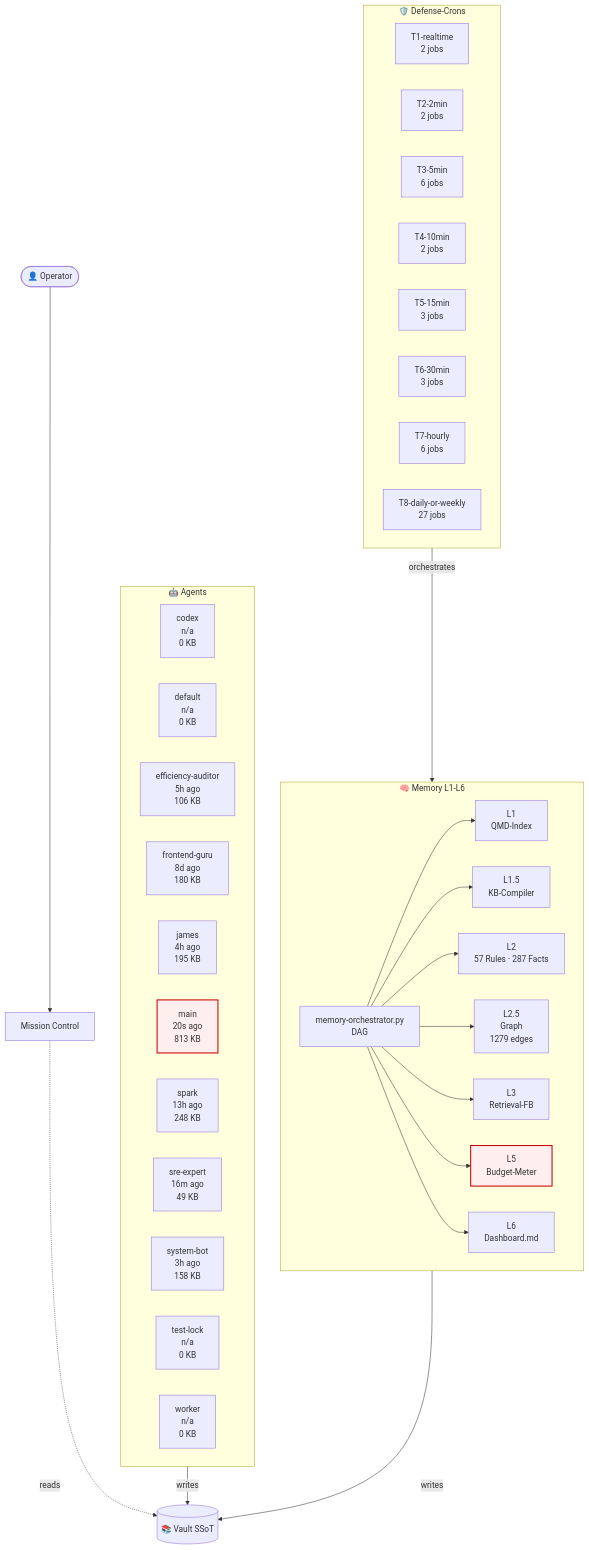
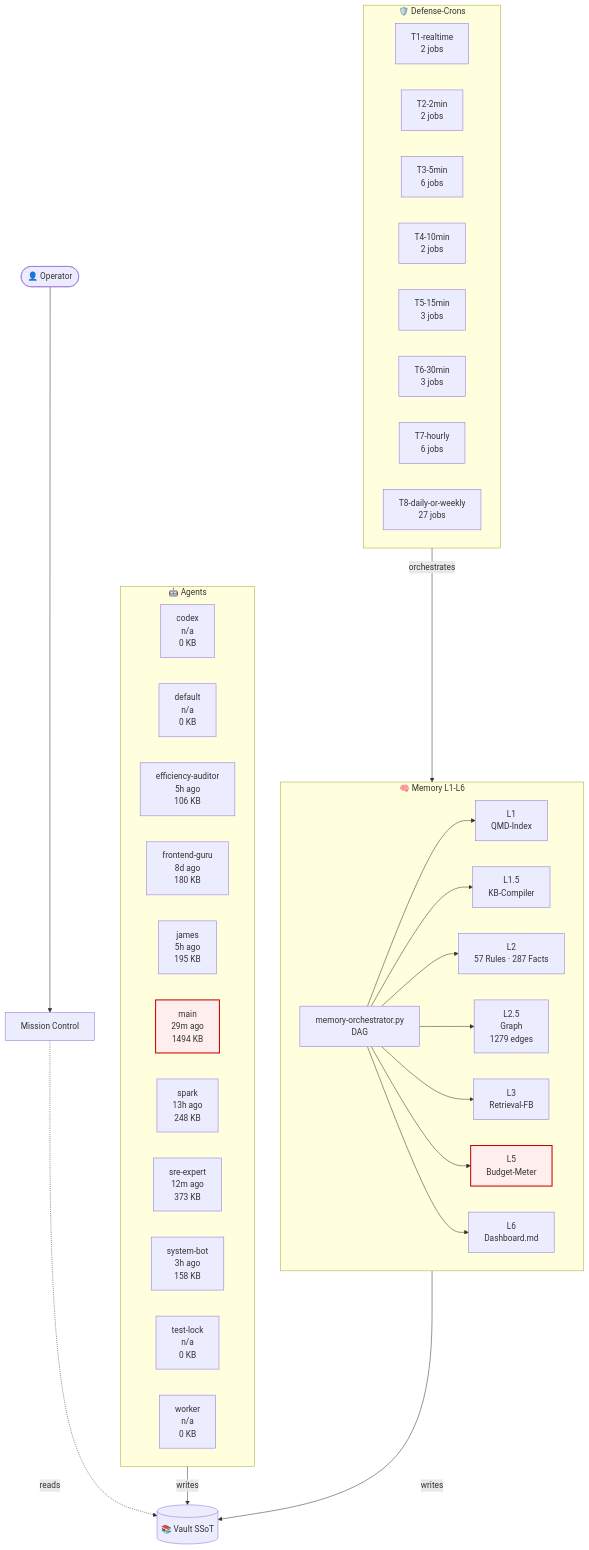
The diagram in 03-Agents/architecture-live.md (lenardhuebner88-rgb/openclaw-memory), drawn with Mermaid before and after one commit. The commit also changed other lines of this file and 1 other file, not shown here.

````diff
--- a/03-Agents/architecture-live.md
+++ b/03-Agents/architecture-live.md
@@ -18,54 +18,54 @@
 ```mermaid
 flowchart TB
     classDef critical fill:#fee,stroke:#c00,stroke-width:2px;
     subgraph AGT["🤖 Agents"]
         agent_codex["codex<br/>n/a<br/>0 KB"]
         agent_default["default<br/>n/a<br/>0 KB"]
         agent_efficiency_auditor["efficiency-auditor<br/>5h ago<br/>106 KB"]
         agent_frontend_guru["frontend-guru<br/>8d ago<br/>180 KB"]
-        agent_james["james<br/>4h ago<br/>195 KB"]
-        agent_main["main<br/>20s ago<br/>813 KB"]
+        agent_james["james<br/>5h ago<br/>195 KB"]
+        agent_main["main<br/>29m ago<br/>1494 KB"]
         agent_spark["spark<br/>13h ago<br/>248 KB"]
-        agent_sre_expert["sre-expert<br/>16m ago<br/>49 KB"]
+        agent_sre_expert["sre-expert<br/>12m ago<br/>373 KB"]
         agent_system_bot["system-bot<br/>3h ago<br/>158 KB"]
         agent_test_lock["test-lock<br/>n/a<br/>0 KB"]
         agent_worker["worker<br/>n/a<br/>0 KB"]
     end
     subgraph MEM["🧠 Memory L1-L6"]
         L1["L1<br/>QMD-Index"]
         L15["L1.5<br/>KB-Compiler"]
         L2["L2<br/>57 Rules · 287 Facts"]
         L25["L2.5<br/>Graph<br/>1279 edges"]
         L3["L3<br/>Retrieval-FB"]
         L5["L5<br/>Budget-Meter"]
         L6["L6<br/>Dashboard.md"]
         ORCH["memory-orchestrator.py<br/>DAG"]
     end
     subgraph CRN["🛡️ Defense-Crons"]
         tier_T1_realtime["T1-realtime<br/>2 jobs"]
         tier_T2_2min["T2-2min<br/>2 jobs"]
         tier_T3_5min["T3-5min<br/>6 jobs"]
         tier_T4_10min["T4-10min<br/>2 jobs"]
         tier_T5_15min["T5-15min<br/>3 jobs"]
         tier_T6_30min["T6-30min<br/>3 jobs"]
         tier_T7_hourly["T7-hourly<br/>6 jobs"]
         tier_T8_daily_or_weekly["T8-daily-or-weekly<br/>27 jobs"]
     end
     VAULT[("📚 Vault SSoT")]
     OP([👤 Operator])
     MC["Mission Control"]
     OP --> MC
     MC -.reads.-> VAULT
     AGT -->|writes| VAULT
     MEM -->|writes| VAULT
     ORCH --> L1
     ORCH --> L15
     ORCH --> L2
     ORCH --> L25
     ORCH --> L3
     ORCH --> L5
     ORCH --> L6
     CRN -->|orchestrates| MEM
     class L5 critical
     class agent_main critical
 ```
````
